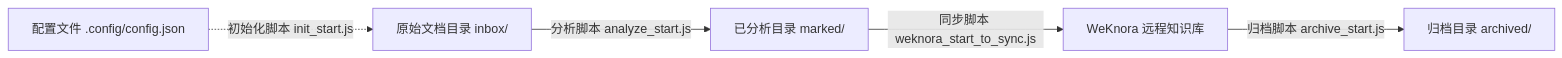
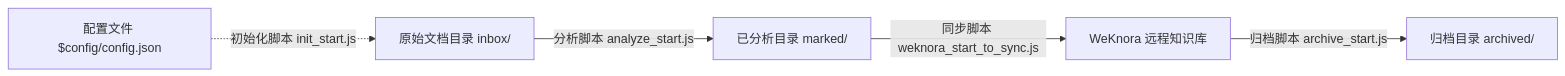
Before and after one commit to bruce1977/knot: the diagram in README_CN.md, drawn with Mermaid. The commit also changed other lines of this file and 7 other files, not shown here.

````diff
--- a/README_CN.md
+++ b/README_CN.md
@@ -30,7 +30,7 @@
 ```mermaid
 graph LR
     inbox[原始文档目录 inbox/] -->|分析脚本 analyze_start.js| marked[已分析目录 marked/]
     marked -->|同步脚本 weknora_start_to_sync.js| weknora[WeKnora 远程知识库]
     weknora -->|归档脚本 archive_start.js| archived[归档目录 archived/]
-    cfg[配置文件 .config/config.json] -.->|初始化脚本 init_start.js| inbox
+    cfg[配置文件 $config/config.json] -.->|初始化脚本 init_start.js| inbox
 ```
````
